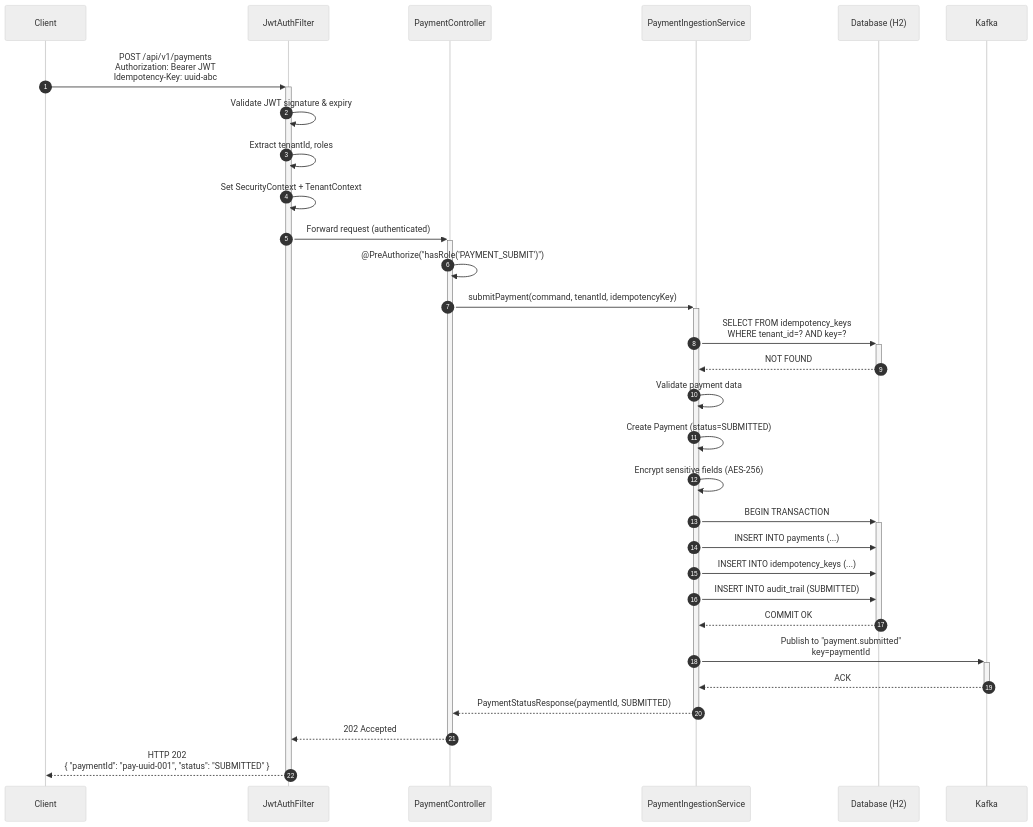
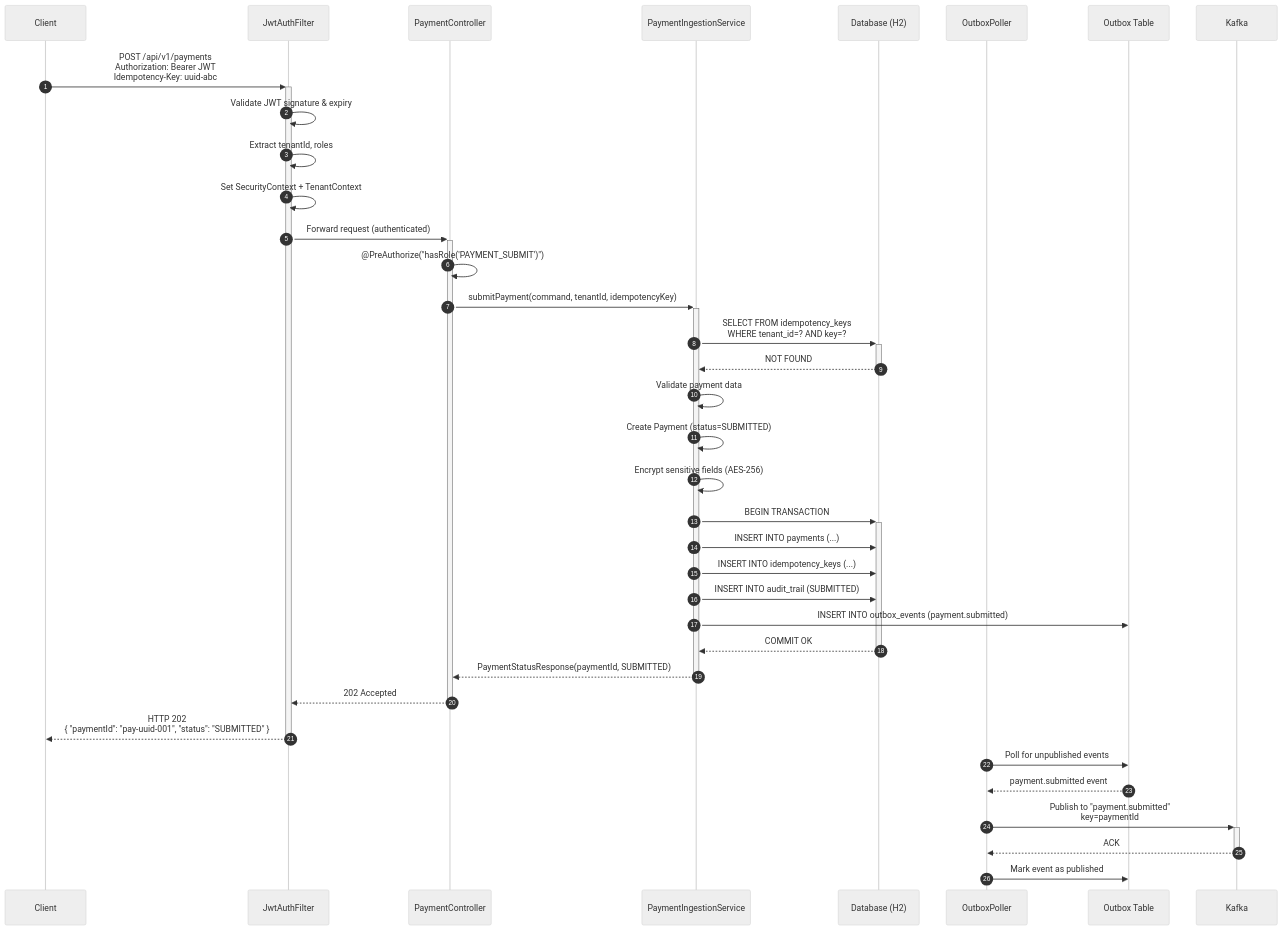
The first of 8 diagrams in docs/diagrams/sequence-diagrams.md (ltadiko/PaymentGateway), drawn with Mermaid (neutral theme) before and after one commit. The commit also changed other lines of this file and 1 other file, not shown here.

````diff
--- a/docs/diagrams/sequence-diagrams.md
+++ b/docs/diagrams/sequence-diagrams.md
@@ -9,42 +18,49 @@
 ```mermaid
 sequenceDiagram
     autonumber
     participant C as Client
     participant F as JwtAuthFilter
     participant R as PaymentController
     participant S as PaymentIngestionService
     participant DB as Database (H2)
+    participant O as OutboxPoller
+    participant OB as Outbox Table
     participant K as Kafka
 
     C->>+F: POST /api/v1/payments<br/>Authorization: Bearer JWT<br/>Idempotency-Key: uuid-abc
 
     F->>F: Validate JWT signature & expiry
     F->>F: Extract tenantId, roles
     F->>F: Set SecurityContext + TenantContext
 
     F->>+R: Forward request (authenticated)
 
     R->>R: @PreAuthorize("hasRole('PAYMENT_SUBMIT')")
     R->>+S: submitPayment(command, tenantId, idempotencyKey)
 
     S->>+DB: SELECT FROM idempotency_keys<br/>WHERE tenant_id=? AND key=?
     DB-->>-S: NOT FOUND
 
     S->>S: Validate payment data
     S->>S: Create Payment (status=SUBMITTED)
     S->>S: Encrypt sensitive fields (AES-256)
 
     S->>+DB: BEGIN TRANSACTION
     S->>DB: INSERT INTO payments (...)
     S->>DB: INSERT INTO idempotency_keys (...)
     S->>DB: INSERT INTO audit_trail (SUBMITTED)
+    S->>OB: INSERT INTO outbox_events (payment.submitted)
     DB-->>-S: COMMIT OK
-
-    S->>+K: Publish to "payment.submitted"<br/>key=paymentId
-    K-->>-S: ACK
 
     S-->>-R: PaymentStatusResponse(paymentId, SUBMITTED)
 
     R-->>-F: 202 Accepted
     F-->>-C: HTTP 202<br/>{ "paymentId": "pay-uuid-001", "status": "SUBMITTED" }
+
+    %% OutboxPoller runs in background
+    O->>OB: Poll for unpublished events
+    OB-->>O: payment.submitted event
+    O->>+K: Publish to "payment.submitted"<br/>key=paymentId
+    K-->>-O: ACK
+    O->>OB: Mark event as published
 ```
````
